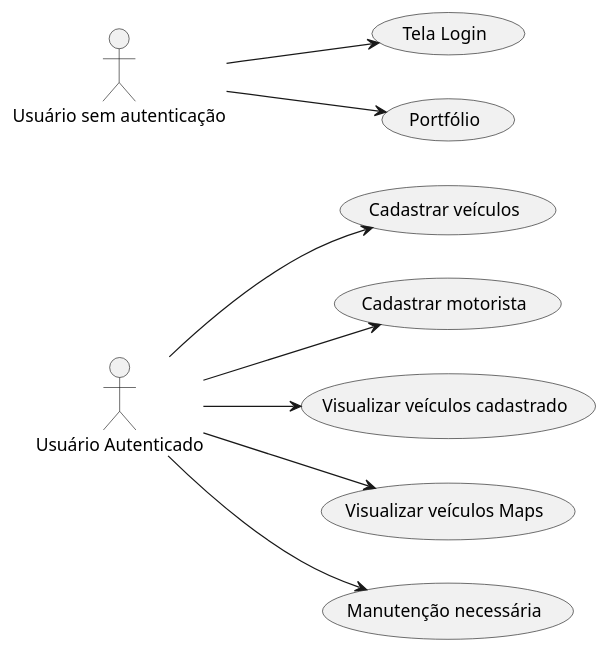
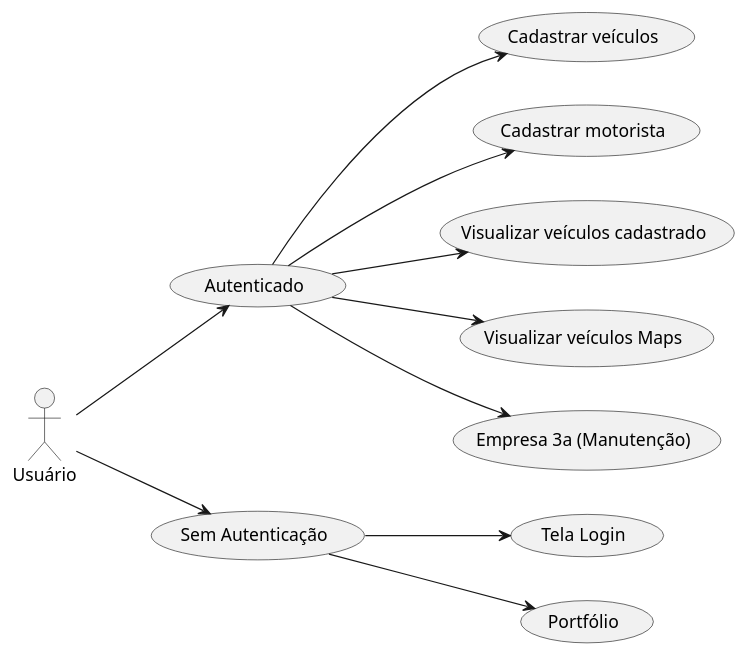
The diagram in scriptsDiagrams/casoDeUso.wsd (RafaelRF99/documentacao-devsfreela), drawn with PlantUML before and after one commit. The commit also changed 14 other files, not shown here.

Commit message:
update: atualização diagrama/documentação

```diff
--- a/scriptsDiagrams/casoDeUso.wsd
+++ b/scriptsDiagrams/casoDeUso.wsd
@@ -1,20 +1,26 @@
 @startuml
 left to right direction
 
-actor "Usuário Autenticado" as Usuario
+actor "Usuário" as Usuario
+
+usecase "Autenticado" as Autenticado
+usecase "Sem Autenticação" as SemAutenticacao
+Usuario --> Autenticado
+
 usecase "Cadastrar veículos" as cadastroVeiculos
-Usuario --> cadastroVeiculos
+Autenticado--> cadastroVeiculos
 usecase "Cadastrar motorista" as cadastroMotorista
-Usuario --> cadastroMotorista
+Autenticado--> cadastroMotorista
 usecase "Visualizar veículos cadastrado" as veiculosCadastrado
-Usuario --> veiculosCadastrado
+Autenticado--> veiculosCadastrado
 usecase "Visualizar veículos Maps" as veiculosMaps
-Usuario --> veiculosMaps
-usecase "Manutenção necessária" as manutencao
-Usuario --> manutencao
-actor "Usuário sem autenticação" as Usuario1
+Autenticado --> veiculosMaps
+usecase "Empresa 3a (Manutenção)" as manutencao
+Autenticado--> manutencao
+
+Usuario --> SemAutenticacao
 usecase "Tela Login" as login
-Usuario1 --> login
+SemAutenticacao--> login
 usecase "Portfólio" as portfolio
-Usuario1 --> portfolio
+SemAutenticacao--> portfolio
 @enduml
```
